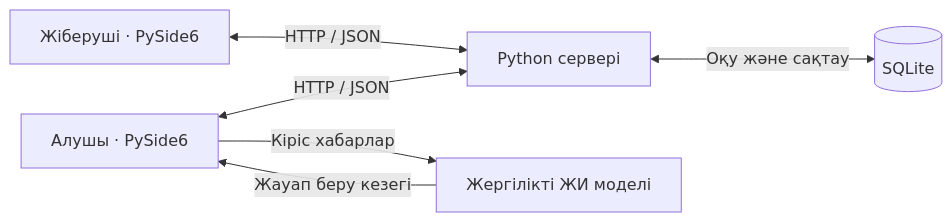
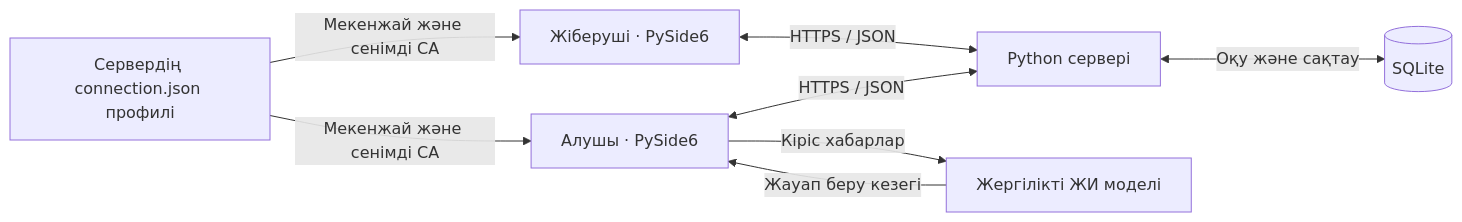
The first of 2 diagrams in README.md (DizzDer/noname-messenger), drawn with Mermaid before and after one commit. The commit also changed other lines of this file and 40 other files, not shown here.

````diff
--- a/README.md
+++ b/README.md
@@ -17,8 +112,10 @@
 ```mermaid
 flowchart LR
-    A["Жіберуші · PySide6"] <-->|"HTTP / JSON"| S["Python сервері"]
-    B["Алушы · PySide6"] <-->|"HTTP / JSON"| S
+    P["Сервердің connection.json профилі"] -->|"Мекенжай және сенімді CA"| A["Жіберуші · PySide6"]
+    P -->|"Мекенжай және сенімді CA"| B["Алушы · PySide6"]
+    A <-->|"HTTPS / JSON"| S["Python сервері"]
+    B <-->|"HTTPS / JSON"| S
     S <-->|"Оқу және сақтау"| DB[("SQLite")]
     B -->|"Кіріс хабарлар"| AI["Жергілікті ЖИ моделі"]
     AI -->|"Жауап беру кезегі"| B
 ```
````
